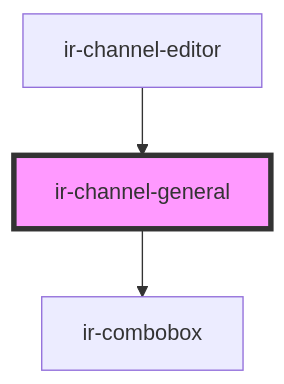
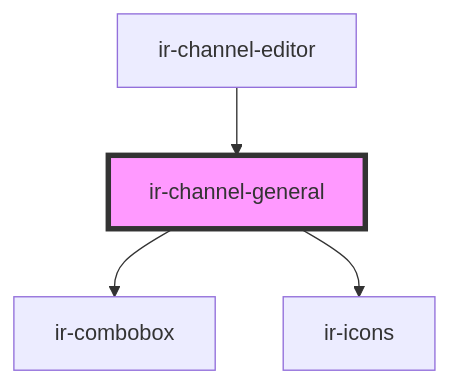
One commit to David1Chowaifaty/modified-ir-webcmp changed the diagram in src/components/ir-channel/ir-channel-general/readme.md. Above: the diagram before and after it, drawn with Mermaid. The commit also changed other lines of this file and 11 other files, not shown here.

````diff
--- a/src/components/ir-channel/ir-channel-general/readme.md
+++ b/src/components/ir-channel/ir-channel-general/readme.md
@@ -26,6 +34,7 @@
 ```mermaid
 graph TD;
   ir-channel-general --> ir-combobox
+  ir-channel-general --> ir-icons
   ir-channel-editor --> ir-channel-general
   style ir-channel-general fill:#f9f,stroke:#333,stroke-width:4px
 ```
````
